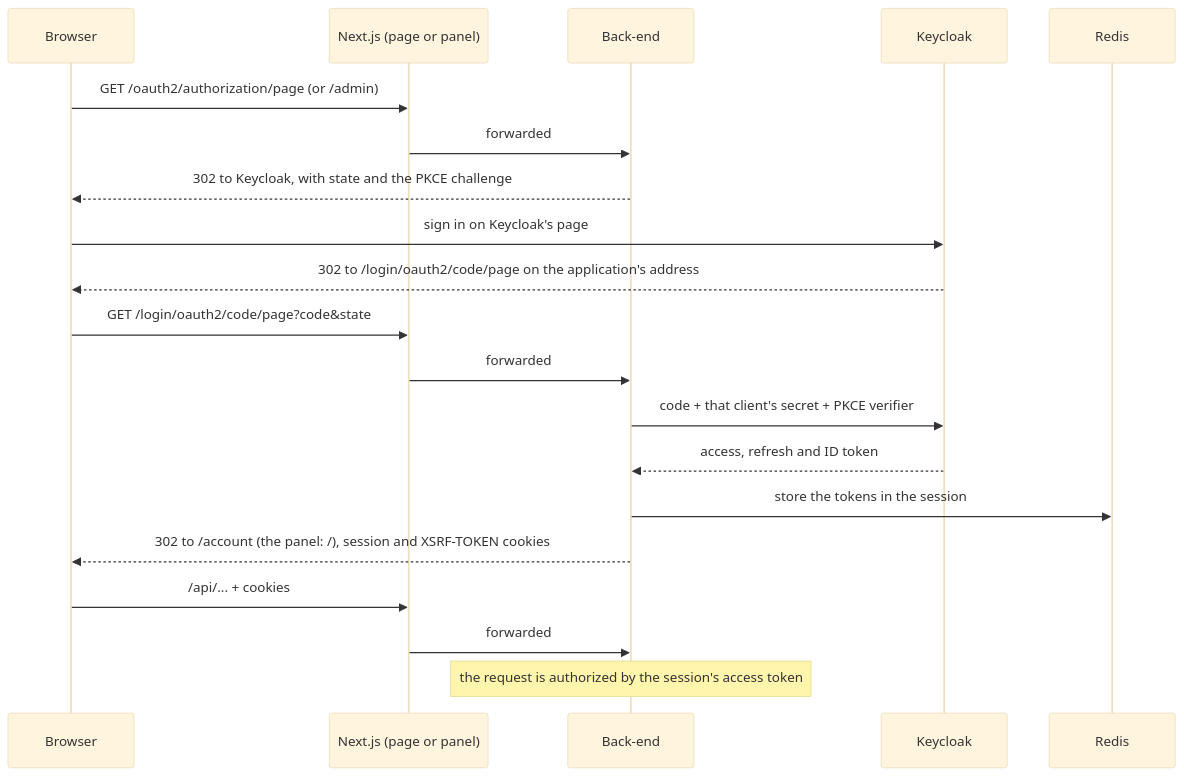
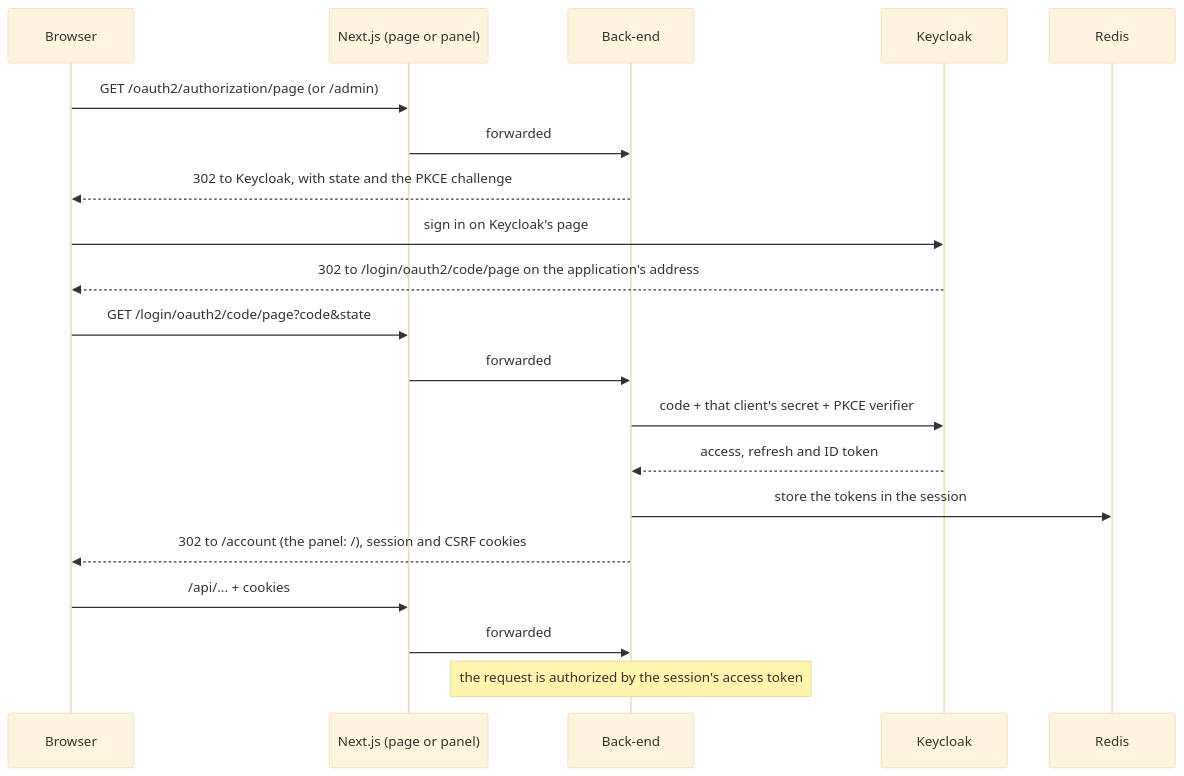
The diagram in docs/authentication.md (vertyll/festival), drawn with Mermaid (base theme) before and after one commit. The commit also changed other lines of this file and 11 other files, not shown here.

Commit message:
fix(security): bind the CSRF cookie to the host and take Secure from Spring Boot's session cookie

````diff
--- a/docs/authentication.md
+++ b/docs/authentication.md
@@ -22,23 +22,23 @@
 ```mermaid
 sequenceDiagram
     participant B as Browser
     participant N as Next.js (page or panel)
     participant A as Back-end
     participant K as Keycloak
     participant R as Redis
 
     B->>N: GET /oauth2/authorization/page (or /admin)
     N->>A: forwarded
     A-->>B: 302 to Keycloak, with state and the PKCE challenge
     B->>K: sign in on Keycloak's page
     K-->>B: 302 to /login/oauth2/code/page on the application's address
     B->>N: GET /login/oauth2/code/page?code&state
     N->>A: forwarded
     A->>K: code + that client's secret + PKCE verifier
     K-->>A: access, refresh and ID token
     A->>R: store the tokens in the session
-    A-->>B: 302 to /account (the panel: /), session and XSRF-TOKEN cookies
+    A-->>B: 302 to /account (the panel: /), session and CSRF cookies
     B->>N: /api/... + cookies
     N->>A: forwarded
     Note over A: the request is authorized by the session's access token
 ```
````
